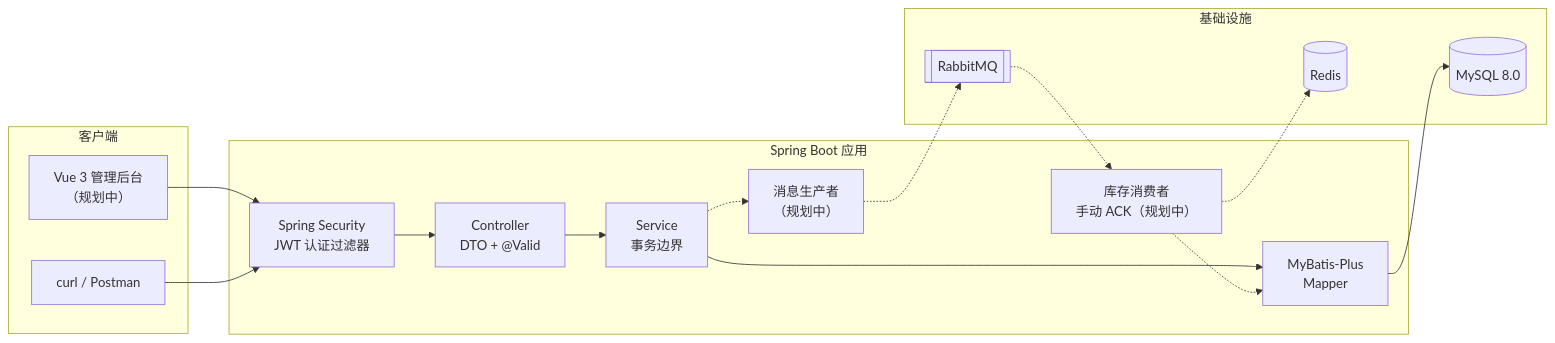
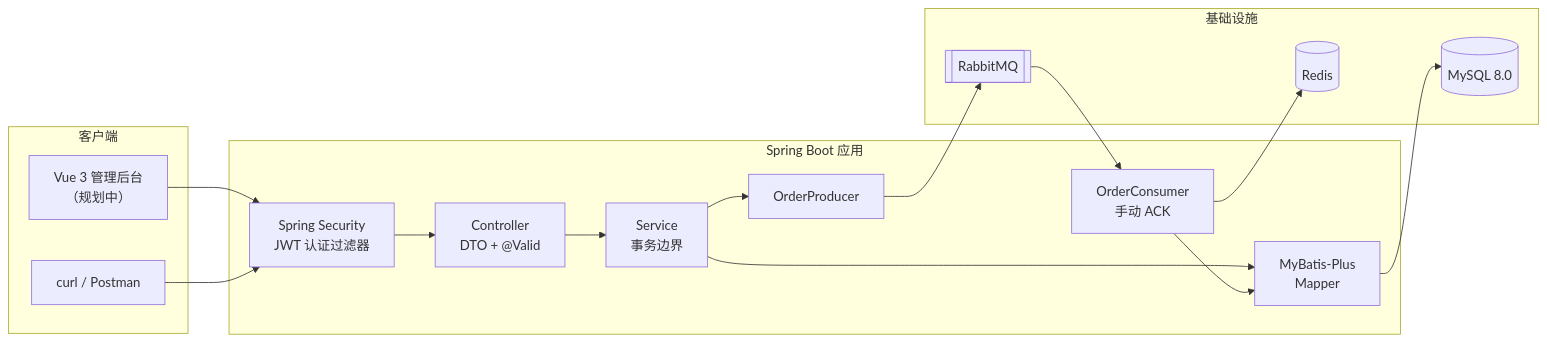
The first of 5 diagrams in README.md (RickShota/logiflow-server), drawn with Mermaid before and after one commit. The commit also changed other lines of this file and 6 other files, not shown here.

````diff
--- a/README.md
+++ b/README.md
@@ -59,31 +59,31 @@
 ```mermaid
 flowchart LR
     subgraph Client["客户端"]
         FE["Vue 3 管理后台<br/>（规划中）"]
         CLI["curl / Postman"]
     end
 
     subgraph Server["Spring Boot 应用"]
         SEC["Spring Security<br/>JWT 认证过滤器"]
         CTRL["Controller<br/>DTO + @Valid"]
         SVC["Service<br/>事务边界"]
         MAPPER["MyBatis-Plus<br/>Mapper"]
-        PROD["消息生产者<br/>（规划中）"]
-        CONS["库存消费者<br/>手动 ACK（规划中）"]
+        PROD["OrderProducer"]
+        CONS["OrderConsumer<br/>手动 ACK"]
     end
 
     subgraph Infra["基础设施"]
         DB[("MySQL 8.0")]
         CACHE[("Redis")]
         BROKER[["RabbitMQ"]]
     end
 
     FE --> SEC
     CLI --> SEC
     SEC --> CTRL --> SVC
     SVC --> MAPPER --> DB
-    SVC -.-> PROD -.-> BROKER
-    BROKER -.-> CONS
-    CONS -.-> CACHE
-    CONS -.-> MAPPER
+    SVC --> PROD --> BROKER
+    BROKER --> CONS
+    CONS --> CACHE
+    CONS --> MAPPER
 ```
````
